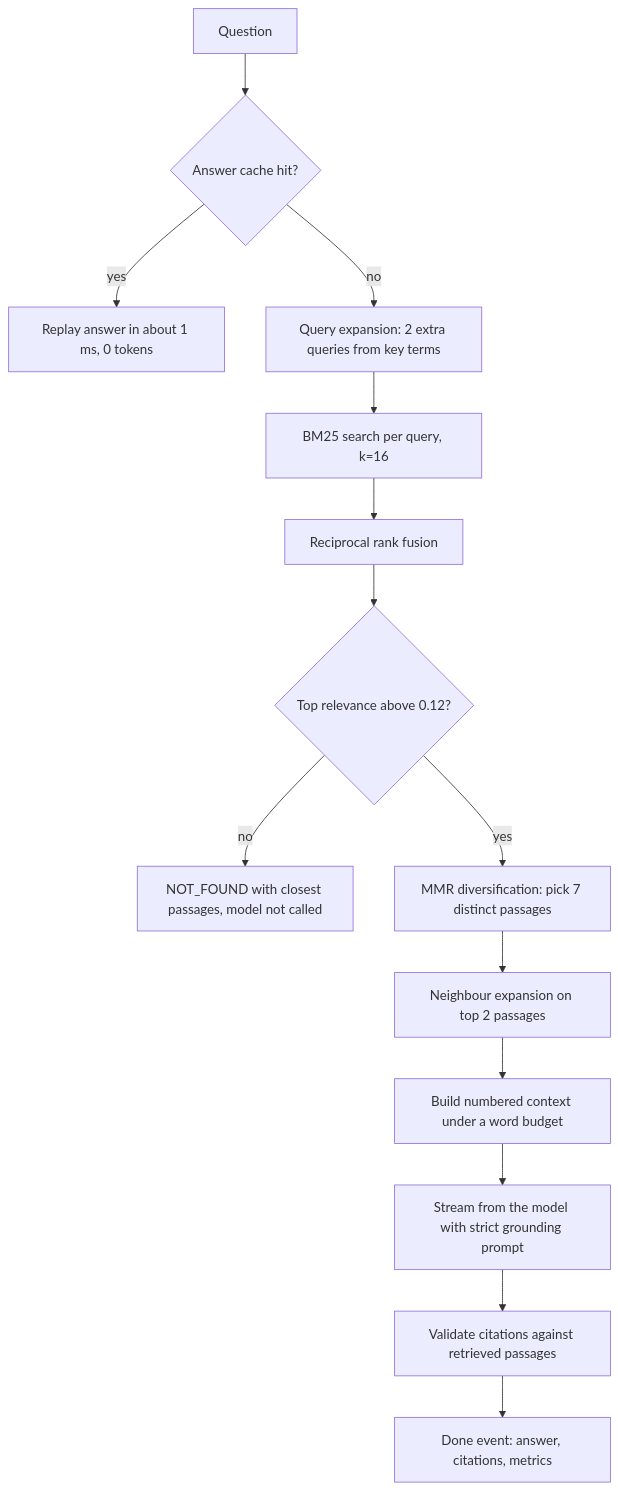
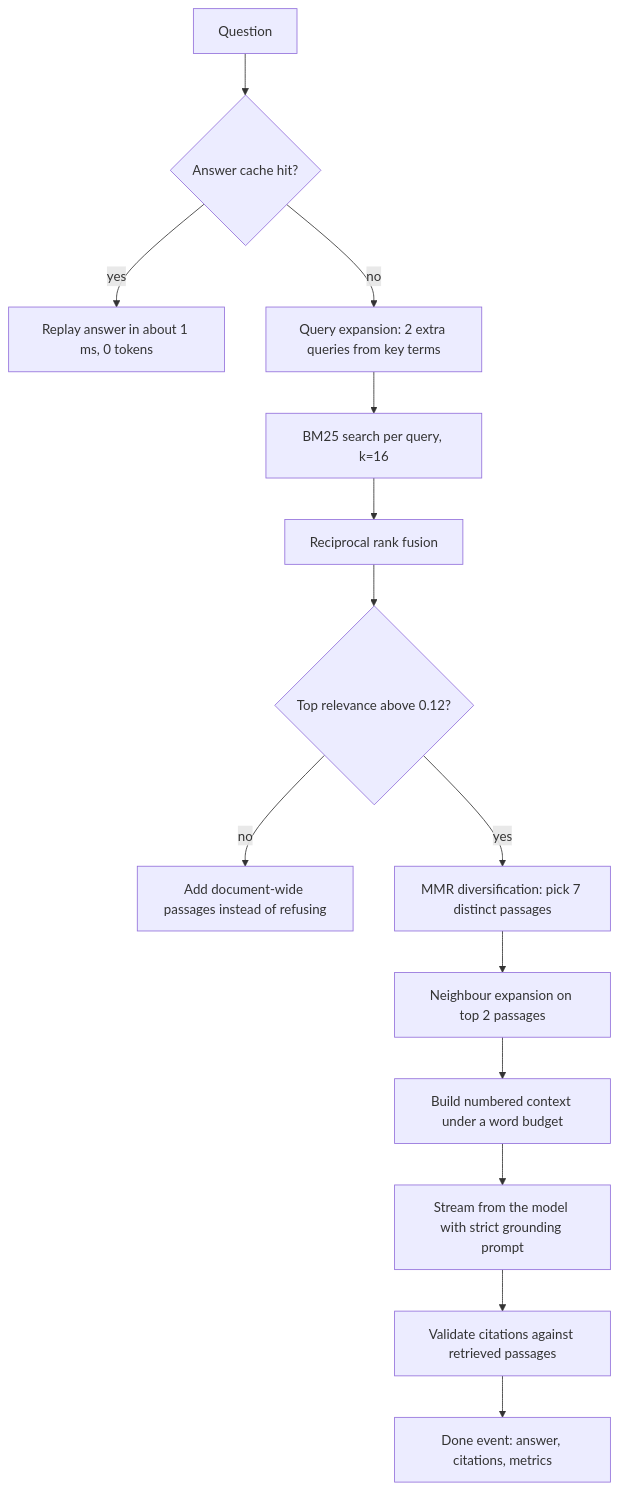
The third of 4 diagrams in docs/ARCHITECTURE.md (mithun50/ragbot), drawn with Mermaid before and after one commit. The commit also changed other lines of this file and 5 other files, not shown here.

````diff
--- a/docs/ARCHITECTURE.md
+++ b/docs/ARCHITECTURE.md
@@ -32,16 +32,16 @@
 ```mermaid
 flowchart TD
     Q[Question] --> CA{Answer cache hit?}
     CA -->|yes| R1[Replay answer in about 1 ms, 0 tokens]
     CA -->|no| QE[Query expansion: 2 extra queries from key terms]
     QE --> S[BM25 search per query, k=16]
     S --> RRF[Reciprocal rank fusion]
     RRF --> GATE{Top relevance above 0.12?}
-    GATE -->|no| NF[NOT_FOUND with closest passages, model not called]
+    GATE -->|no| NF[Add document-wide passages instead of refusing]
     GATE -->|yes| MMR[MMR diversification: pick 7 distinct passages]
     MMR --> NB[Neighbour expansion on top 2 passages]
     NB --> P[Build numbered context under a word budget]
     P --> L[Stream from the model with strict grounding prompt]
     L --> V[Validate citations against retrieved passages]
     V --> D[Done event: answer, citations, metrics]
 ```
````
